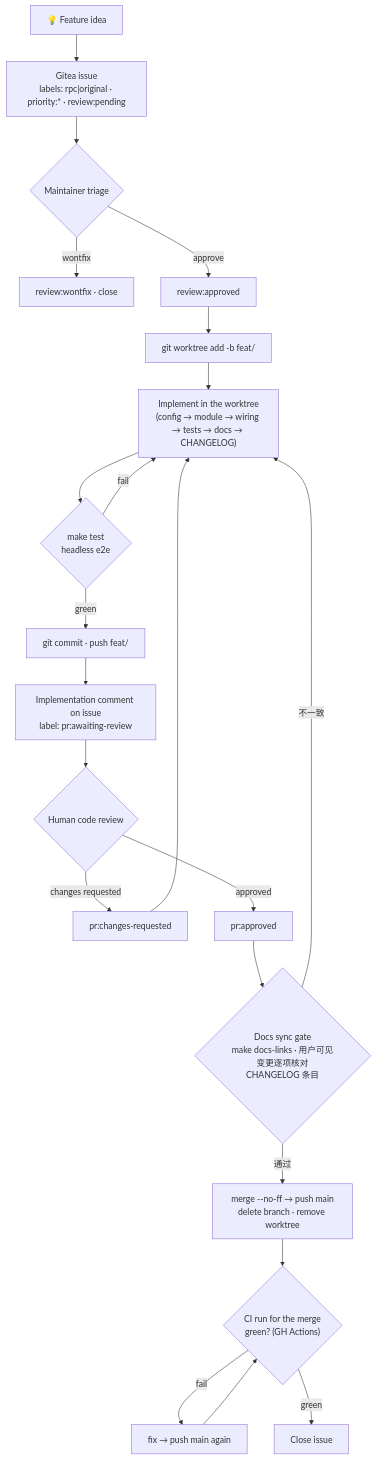
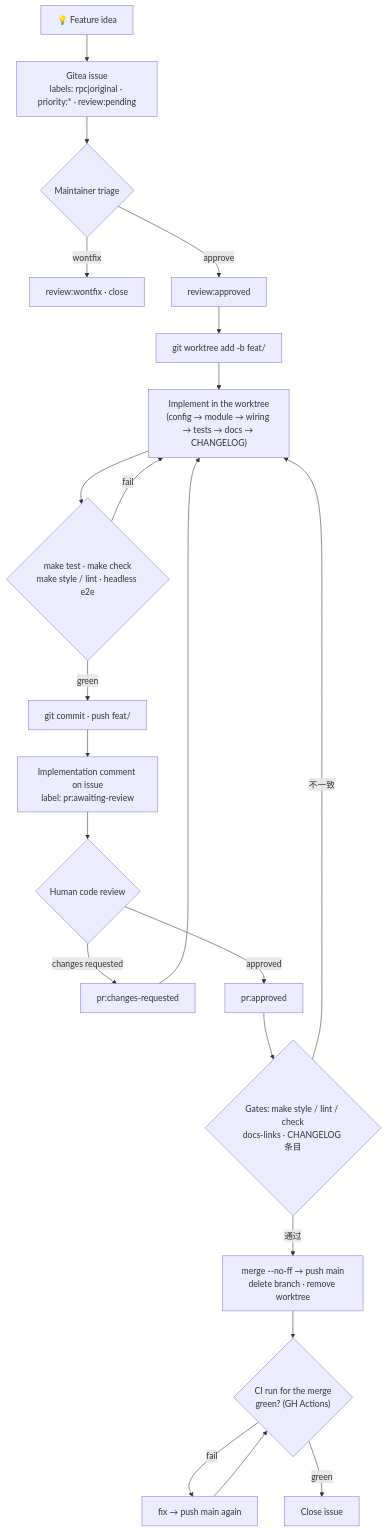
One commit to zgs225/pi2.nvim changed the diagram in .agents/skills/develop/SKILL.md. Above: the diagram before and after it, drawn with Mermaid. The commit also changed other lines of this file and 31 other files, not shown here.

````diff
--- a/.agents/skills/develop/SKILL.md
+++ b/.agents/skills/develop/SKILL.md
@@ -12,22 +12,22 @@
 ```mermaid
 flowchart TD
     A["💡 Feature idea"] --> B["Gitea issue\nlabels: rpc|original · priority:* · review:pending"]
     B --> C{"Maintainer triage"}
     C -- wontfix --> D["review:wontfix · close"]
     C -- approve --> E["review:approved"]
     E --> F["git worktree add <wt> -b feat/<name>"]
     F --> G["Implement in the worktree\n(config → module → wiring → tests → docs → CHANGELOG)"]
-    G --> H{"make test\nheadless e2e"}
+    G --> H{"make test · make check\nmake style / lint · headless e2e"}
     H -- fail --> G
     H -- green --> I["git commit · push feat/<name>"]
     I --> J["Implementation comment on issue\nlabel: pr:awaiting-review"]
     J --> K{"Human code review"}
     K -- changes requested --> L["pr:changes-requested"] --> G
     K -- approved --> M["pr:approved"]
-    M --> M2{"Docs sync gate\nmake docs-links · 用户可见变更逐项核对\nCHANGELOG 条目"}
+    M --> M2{"Gates: make style / lint / check\ndocs-links · CHANGELOG 条目"}
     M2 -- 不一致 --> G
     M2 -- 通过 --> N["merge --no-ff → push main\ndelete branch · remove worktree"]
     N --> P{"CI run for the merge\ngreen? (GH Actions)"}
     P -- fail --> Q["fix → push main again"] --> P
     P -- green --> O["Close issue"]
 ```
````
